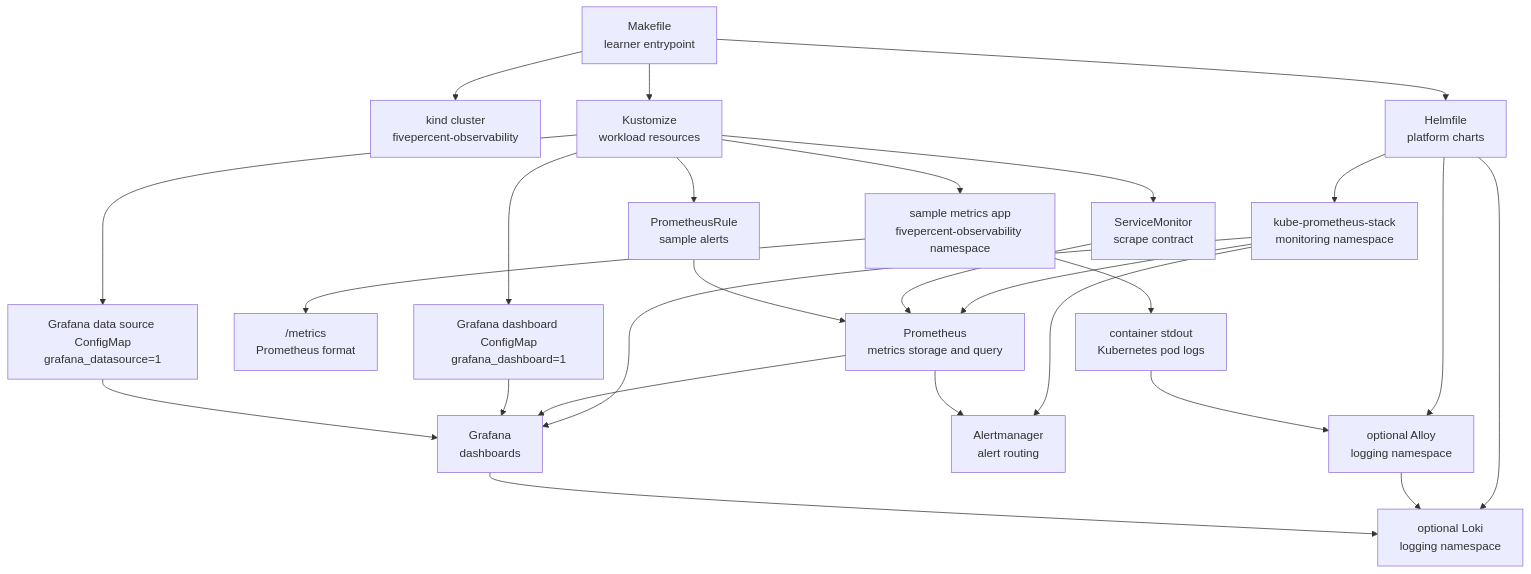
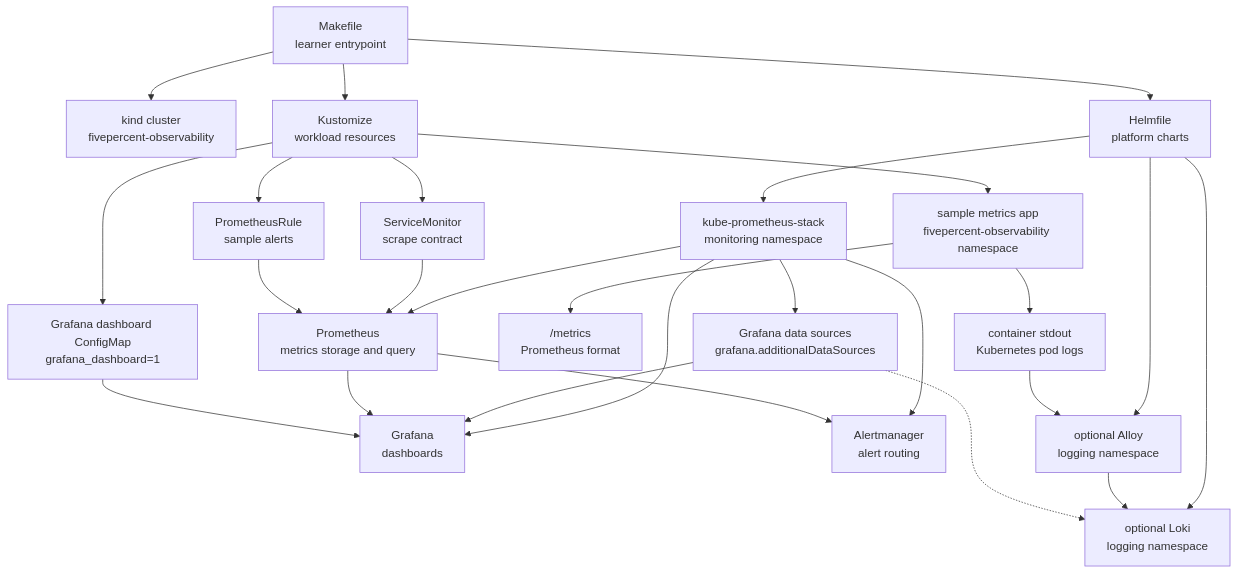
The first of 4 diagrams in docs/architecture.md (AbdulRahmanAlHamali/5percent-observability), drawn with Mermaid before and after one commit. The commit also changed other lines of this file and 6 other files, not shown here.

First line of the commit message:
Unify Loki data source into kube-prometheus-stack-values.yaml

````diff
--- a/docs/architecture.md
+++ b/docs/architecture.md
@@ -11,34 +11,33 @@
 ```mermaid
 flowchart TD
   makefile["Makefile<br>learner entrypoint"] --> kind["kind cluster<br>fivepercent-observability"]
   makefile --> helmfile["Helmfile<br>platform charts"]
   makefile --> kustomize["Kustomize<br>workload resources"]
 
   helmfile --> kps["kube-prometheus-stack<br>monitoring namespace"]
   kps --> prometheus["Prometheus<br>metrics storage and query"]
   kps --> grafana["Grafana<br>dashboards"]
   kps --> alertmanager["Alertmanager<br>alert routing"]
+  kps --> grafanaDatasources["Grafana data sources<br>grafana.additionalDataSources"]
+  grafanaDatasources --> grafana
 
   kustomize --> app["sample metrics app<br>fivepercent-observability namespace"]
   app --> metrics["/metrics<br>Prometheus format"]
   kustomize --> serviceMonitor["ServiceMonitor<br>scrape contract"]
   serviceMonitor --> prometheus
   prometheus --> grafana
 
   kustomize --> dashboard["Grafana dashboard ConfigMap<br>grafana_dashboard=1"]
   dashboard --> grafana
 
   kustomize --> rule["PrometheusRule<br>sample alerts"]
   rule --> prometheus
   prometheus --> alertmanager
 
   helmfile --> loki["optional Loki<br>logging namespace"]
   helmfile --> alloy["optional Alloy<br>logging namespace"]
   app --> podlogs["container stdout<br>Kubernetes pod logs"]
   podlogs --> alloy
   alloy --> loki
-
-  kustomize --> lokiDatasource["Grafana data source ConfigMap<br>grafana_datasource=1"]
-  lokiDatasource --> grafana
-  grafana --> loki
+  grafanaDatasources -.-> loki
 ```
````
